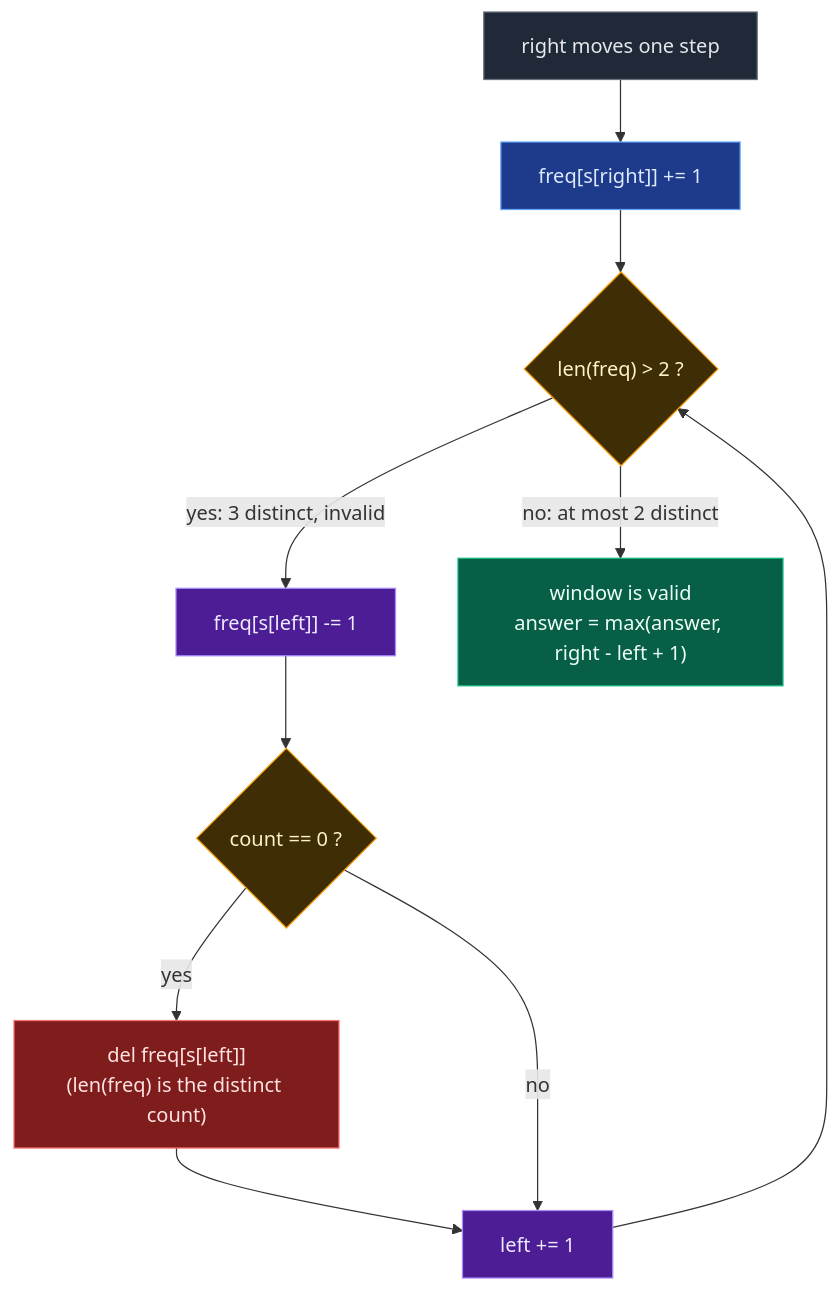
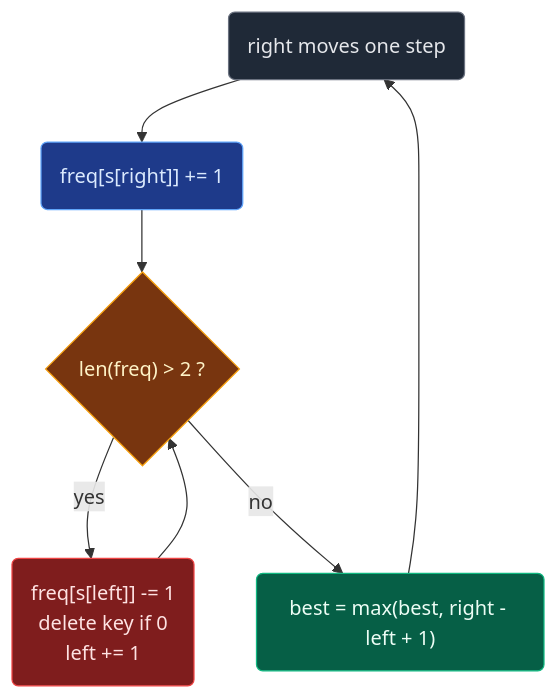
One commit to ajay-nikumbh/dsa-notes changed the third of 5 diagrams in 04. Sliding window/03. At Most/02. 159. Longest Substring with At Most Two Distinct Characters.md. Above: the diagram before and after it, drawn with Mermaid. The commit also changed other lines of this file, not shown here.

First line of the commit message:
Sliding Window 09: rewrite 159 Longest Substring with At Most Two Distinct

````diff
--- a/04. Sliding window/03. At Most/02. 159. Longest Substring with At Most Two Distinct Characters.md
+++ b/04. Sliding window/03. At Most/02. 159. Longest Substring with At Most Two Distinct Characters.md
@@ -82,26 +108,15 @@
 ```mermaid
 flowchart TD
-    A["right moves one step"]:::step
-    B["freq[s[right]] += 1"]:::add
-    C{"len(freq) > 2 ?"}:::test
-    D["freq[s[left]] -= 1"]:::drop
-    E{"count == 0 ?"}:::test
-    F["del freq[s[left]]<br/>(len(freq) is the distinct count)"]:::danger
-    G["left += 1"]:::drop
-    H["window is valid<br/>answer = max(answer, right - left + 1)"]:::calc
-
-    A --> B --> C
-    C -- "yes: 3 distinct, invalid" --> D
-    D --> E
-    E -- yes --> F --> G
-    E -- no --> G
-    G --> C
-    C -- "no: at most 2 distinct" --> H
+    A("right moves one step"):::step --> B("freq[s[right]] += 1"):::add
+    B --> C{"len(freq) > 2 ?"}:::test
+    C -->|yes| D("freq[s[left]] -= 1<br/>delete key if 0<br/>left += 1"):::drop
+    D --> C
+    C -->|no| E("best = max(best, right - left + 1)"):::calc
+    E --> A
 
     classDef step fill:#1f2937,stroke:#6b7280,color:#e5e7eb
     classDef add fill:#1e3a8a,stroke:#60a5fa,color:#dbeafe
-    classDef test fill:#3f2d05,stroke:#f59e0b,color:#fef3c7
-    classDef drop fill:#4c1d95,stroke:#a78bfa,color:#ede9fe
-    classDef danger fill:#7f1d1d,stroke:#f87171,color:#fee2e2
+    classDef test fill:#78350f,stroke:#f59e0b,color:#fef3c7
+    classDef drop fill:#7f1d1d,stroke:#ef4444,color:#fee2e2
     classDef calc fill:#065f46,stroke:#10b981,color:#ecfdf5
 ```
````
